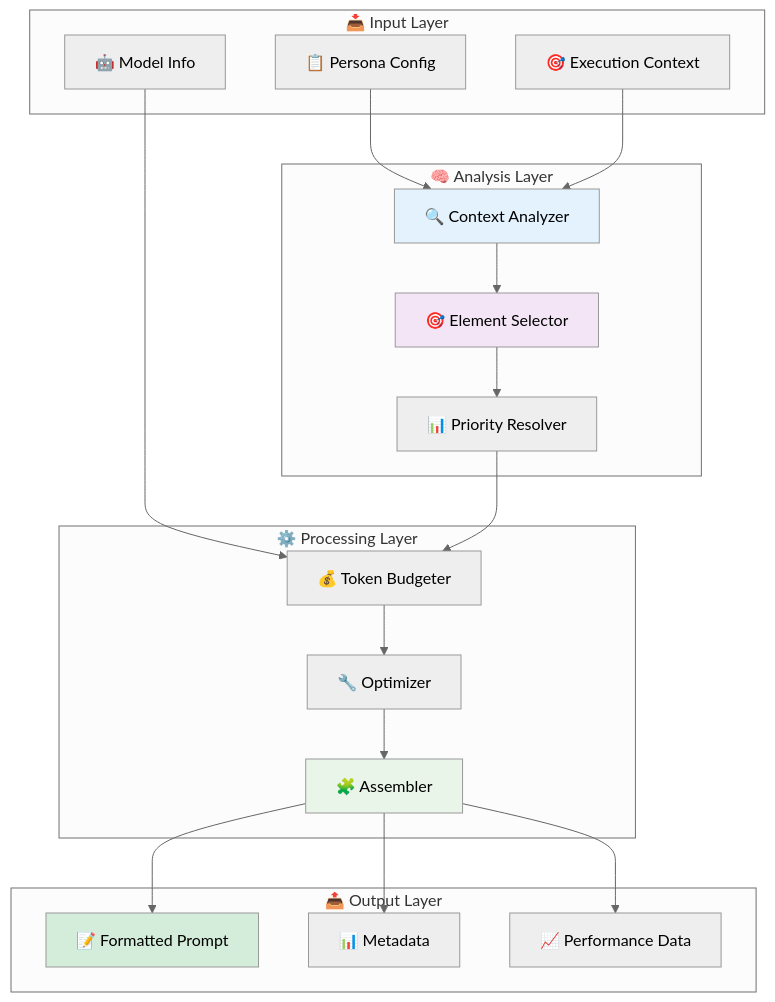
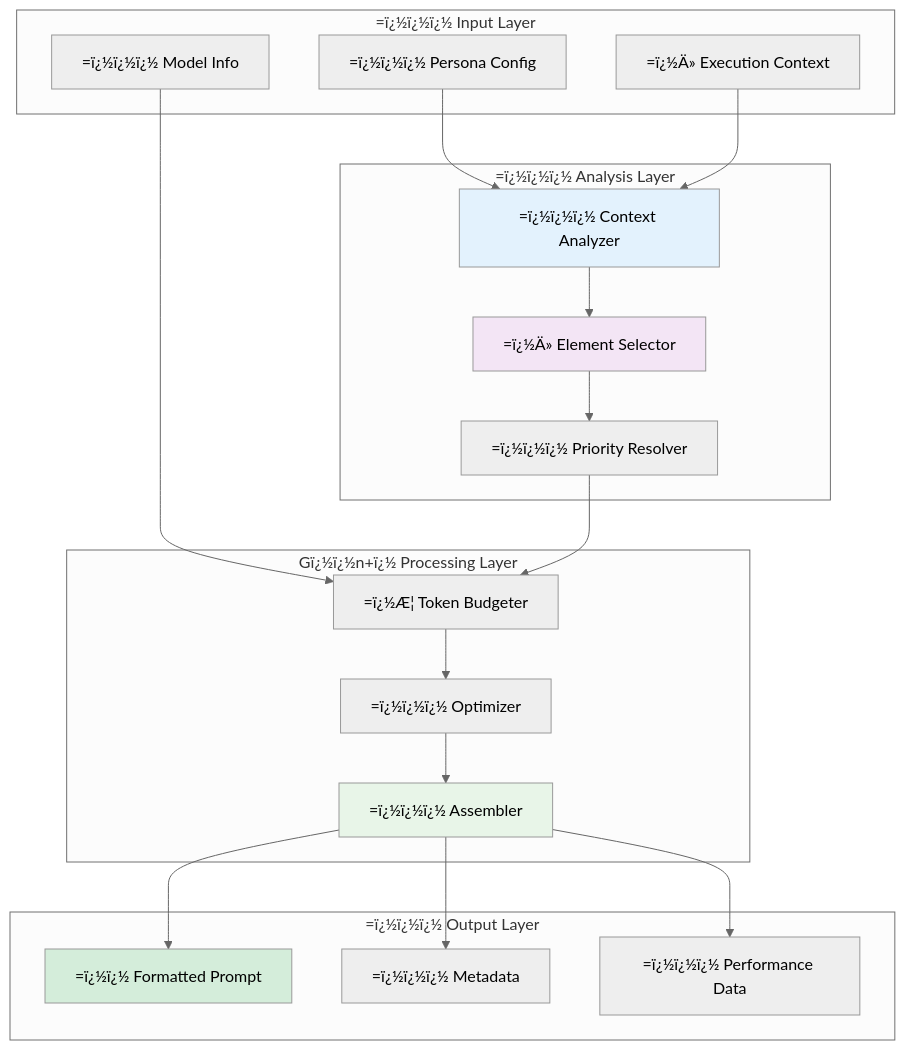
The ninth of 15 diagrams in packages/agentos/docs/ARCHITECTURE.md (framersai/agentos-live-docs), drawn with Mermaid (neutral theme) before and after one commit. The commit also changed other lines of this file and 47 other files, not shown here.

````diff
--- a/packages/agentos/docs/ARCHITECTURE.md
+++ b/packages/agentos/docs/ARCHITECTURE.md
@@ -1525,46 +1533,46 @@
 ```mermaid
 graph TB
-    subgraph "📥 Input Layer"
-        PC[📋 Persona Config]
-        CTX[🎯 Execution Context]
-        MODEL[🤖 Model Info]
+    subgraph "=ï¿½ï¿½ï¿½ Input Layer"
+        PC[=ï¿½ï¿½ï¿½ Persona Config]
+        CTX[=ï¿½Ä» Execution Context]
+        MODEL[=ï¿½ï¿½ï¿½ Model Info]
     end
     
-    subgraph "🧠 Analysis Layer"
-        CA[🔍 Context Analyzer]
-        ES[🎯 Element Selector]
-        PR[📊 Priority Resolver]
+    subgraph "=ï¿½ï¿½ï¿½ Analysis Layer"
+        CA[=ï¿½ï¿½ï¿½ Context Analyzer]
+        ES[=ï¿½Ä» Element Selector]
+        PR[=ï¿½ï¿½ï¿½ Priority Resolver]
     end
     
-    subgraph "⚙️ Processing Layer"
-        TB[💰 Token Budgeter]
-        OPT[🔧 Optimizer]
-        ASSEM[🧩 Assembler]
+    subgraph "Gï¿½ï¿½n+ï¿½ Processing Layer"
+        TB[=ï¿½Æ¦ Token Budgeter]
+        OPT[=ï¿½ï¿½ï¿½ Optimizer]
+        ASSEM[=ï¿½ï¿½ï¿½ Assembler]
     end
     
-    subgraph "📤 Output Layer"
-        FP[📝 Formatted Prompt]
-        META[📊 Metadata]
-        PERF[📈 Performance Data]
+    subgraph "=ï¿½ï¿½ï¿½ Output Layer"
+        FP[=ï¿½ï¿½ Formatted Prompt]
+        META[=ï¿½ï¿½ï¿½ Metadata]
+        PERF[=ï¿½ï¿½ï¿½ Performance Data]
     end
     
     PC --> CA
     CTX --> CA
     MODEL --> TB
     
     CA --> ES
     ES --> PR
     PR --> TB
     
     TB --> OPT
     OPT --> ASSEM
     ASSEM --> FP
     
     ASSEM --> META
     ASSEM --> PERF
     
     style CA fill:#e3f2fd
     style ES fill:#f3e5f5
     style ASSEM fill:#e8f5e8
     style FP fill:#d4edda
 ```
````
